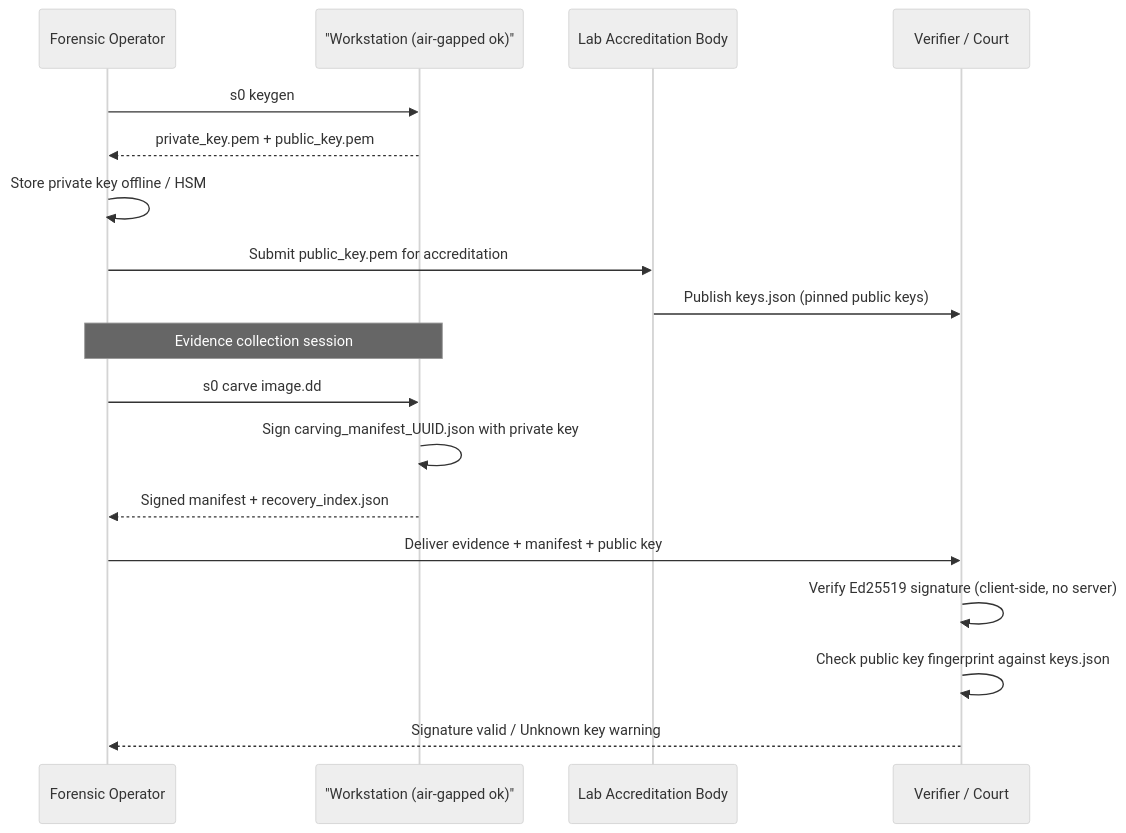
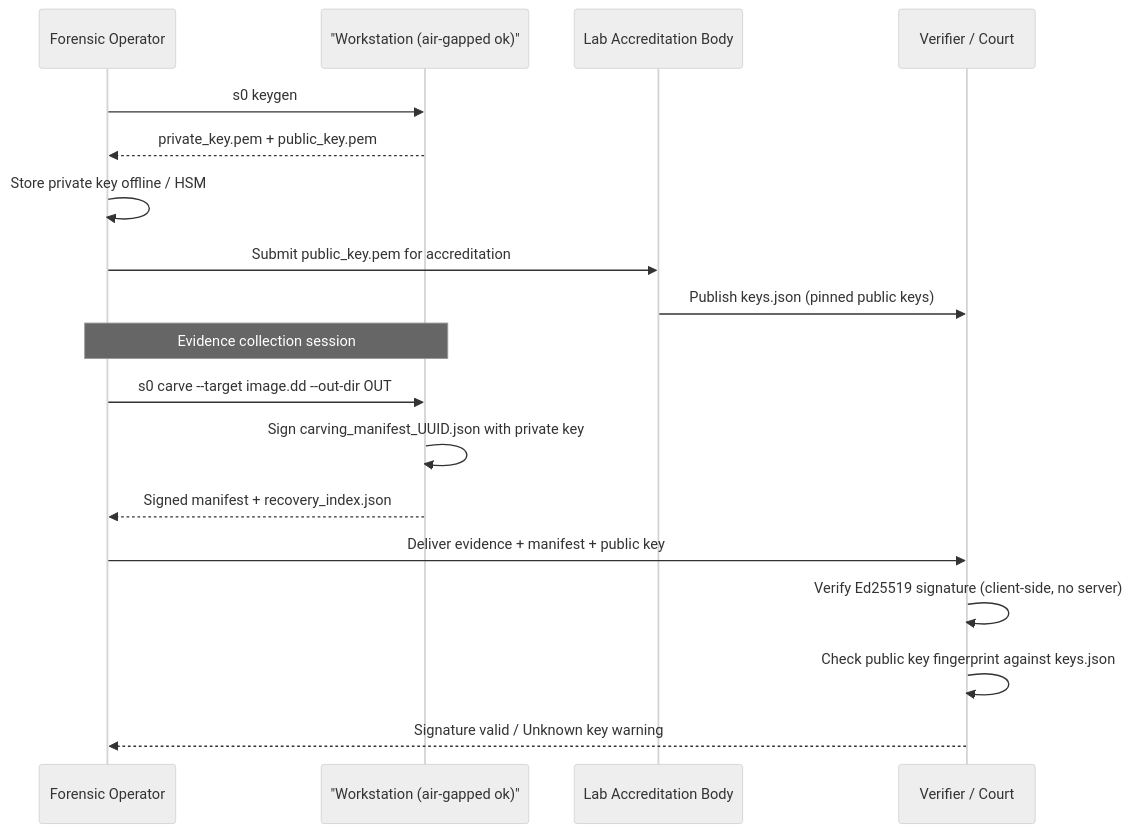
The first of 2 diagrams in docs/architecture/security-model.md (kartik2005221/s0), drawn with Mermaid (neutral theme) before and after one commit. The commit also changed other lines of this file and 24 other files, not shown here.

````diff
--- a/docs/architecture/security-model.md
+++ b/docs/architecture/security-model.md
@@ -47,23 +47,23 @@
 ```mermaid
 sequenceDiagram
     participant Op as Forensic Operator
     participant WS as "Workstation (air-gapped ok)"
     participant Lab as Lab Accreditation Body
     participant Ver as Verifier / Court
 
     Op->>WS: s0 keygen
     WS-->>Op: private_key.pem + public_key.pem
     Op->>Op: Store private key offline / HSM
     Op->>Lab: Submit public_key.pem for accreditation
     Lab->>Ver: Publish keys.json (pinned public keys)
 
     Note over Op,WS: Evidence collection session
-    Op->>WS: s0 carve image.dd
+    Op->>WS: s0 carve --target image.dd --out-dir OUT
     WS->>WS: Sign carving_manifest_UUID.json with private key
     WS-->>Op: Signed manifest + recovery_index.json
 
     Op->>Ver: Deliver evidence + manifest + public key
     Ver->>Ver: Verify Ed25519 signature (client-side, no server)
     Ver->>Ver: Check public key fingerprint against keys.json
     Ver-->>Op: Signature valid / Unknown key warning
 ```
````
